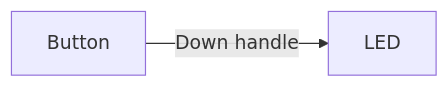
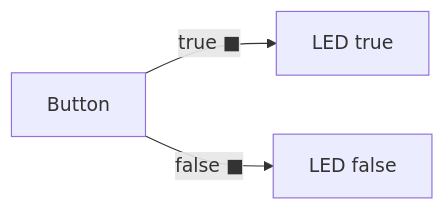
Before and after one commit to xiduzo/microflow: the first of 3 diagrams in apps/fumadocs/content/docs/microflow-studio/edges.mdx, drawn with Mermaid. The commit also changed other lines of this file and 118 other files, not shown here.

````diff
--- a/apps/fumadocs/content/docs/microflow-studio/edges.mdx
+++ b/apps/fumadocs/content/docs/microflow-studio/edges.mdx
@@ -34,4 +50,5 @@
 ```mermaid
 flowchart LR
-    A[Button]-- Down handle -->B[LED]
+    A[Button] -- "true ■" --> B[LED true]
+    A -- "false ■" --> C[LED false]
 ```
````
